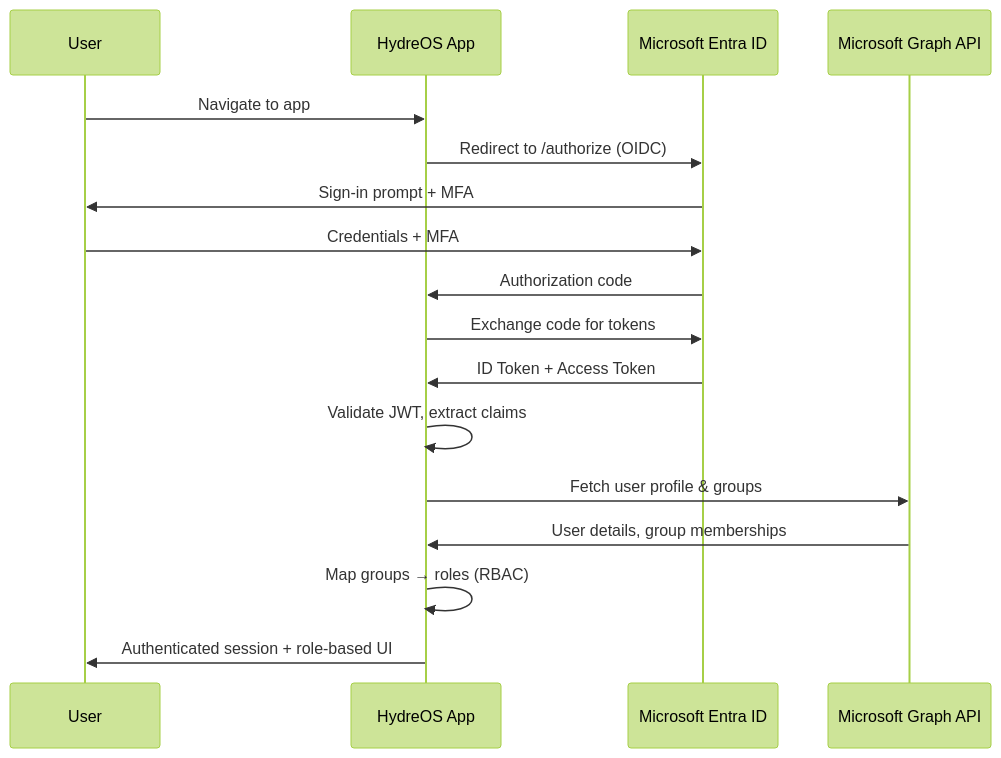
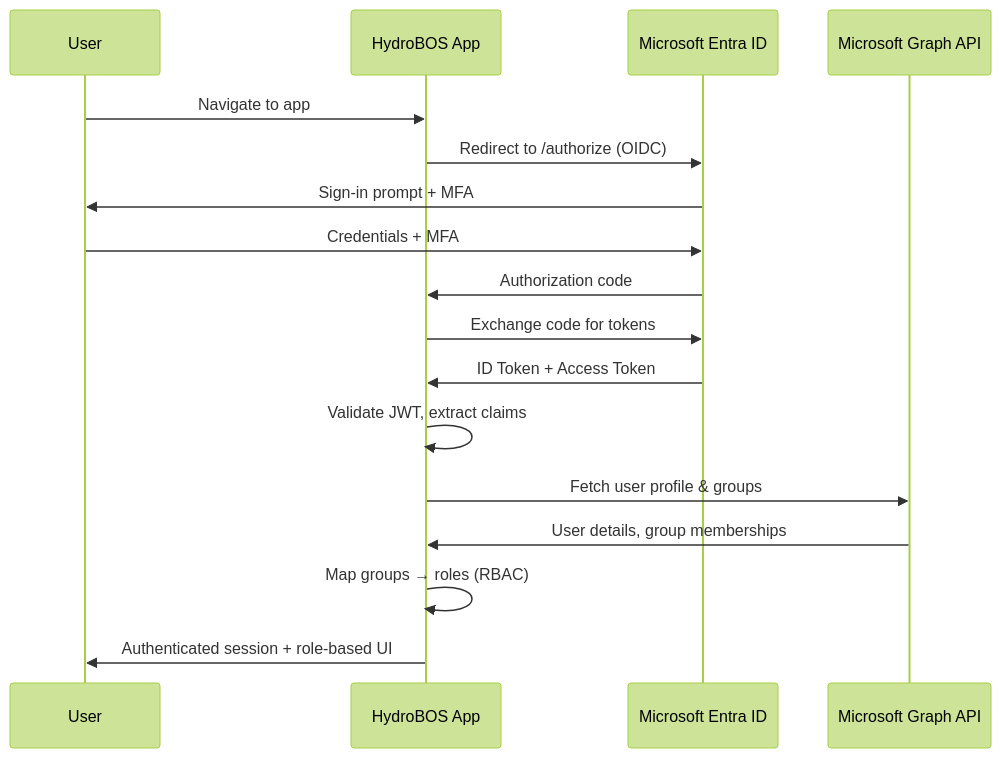
The third of 6 diagrams in docs/01-vision-and-objectives.md (jrobinson-utahmmc/hydrobos), drawn with Mermaid (forest theme) before and after one commit. The commit also changed other lines of this file and 11 other files, not shown here.

````diff
--- a/docs/01-vision-and-objectives.md
+++ b/docs/01-vision-and-objectives.md
@@ -96,20 +96,20 @@
 ```mermaid
 sequenceDiagram
     participant User
-    participant HydreOS as HydreOS App
+    participant HydroBOS as HydroBOS App
     participant EntraID as Microsoft Entra ID
     participant Graph as Microsoft Graph API
 
-    User->>HydreOS: Navigate to app
-    HydreOS->>EntraID: Redirect to /authorize (OIDC)
+    User->>HydroBOS: Navigate to app
+    HydroBOS->>EntraID: Redirect to /authorize (OIDC)
     EntraID->>User: Sign-in prompt + MFA
     User->>EntraID: Credentials + MFA
-    EntraID->>HydreOS: Authorization code
-    HydreOS->>EntraID: Exchange code for tokens
-    EntraID->>HydreOS: ID Token + Access Token
-    HydreOS->>HydreOS: Validate JWT, extract claims
-    HydreOS->>Graph: Fetch user profile & groups
-    Graph->>HydreOS: User details, group memberships
-    HydreOS->>HydreOS: Map groups → roles (RBAC)
-    HydreOS->>User: Authenticated session + role-based UI
+    EntraID->>HydroBOS: Authorization code
+    HydroBOS->>EntraID: Exchange code for tokens
+    EntraID->>HydroBOS: ID Token + Access Token
+    HydroBOS->>HydroBOS: Validate JWT, extract claims
+    HydroBOS->>Graph: Fetch user profile & groups
+    Graph->>HydroBOS: User details, group memberships
+    HydroBOS->>HydroBOS: Map groups → roles (RBAC)
+    HydroBOS->>User: Authenticated session + role-based UI
 ```
````
